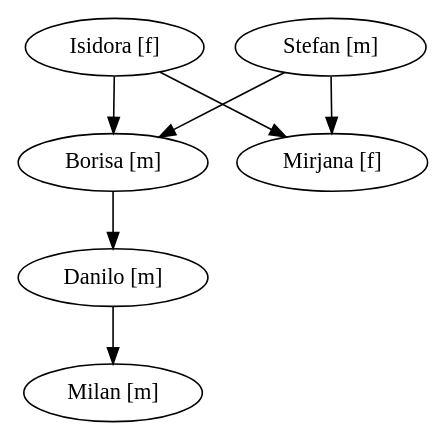
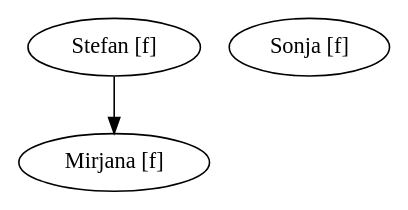
Before and after one commit to DjordjeR/esp_ass: the diagram in stefan.dot, drawn with Graphviz. The commit also changed 1 other file, not shown here.

```diff
--- a/stefan.dot
+++ b/stefan.dot
@@ -1,11 +1,6 @@
 digraph FamilyTree
 {
-  "Borisa [m]" -> "Danilo [m]";
-  "Danilo [m]" -> "Milan [m]";
-  "Isidora [f]" -> "Mirjana [f]";
-  "Isidora [f]" -> "Borisa [m]";
-  "Milan [m]";
   "Mirjana [f]";
-  "Stefan [m]" -> "Mirjana [f]";
-  "Stefan [m]" -> "Borisa [m]";
+  "Sonja [f]";
+  "Stefan [f]" -> "Mirjana [f]";
 }
```
